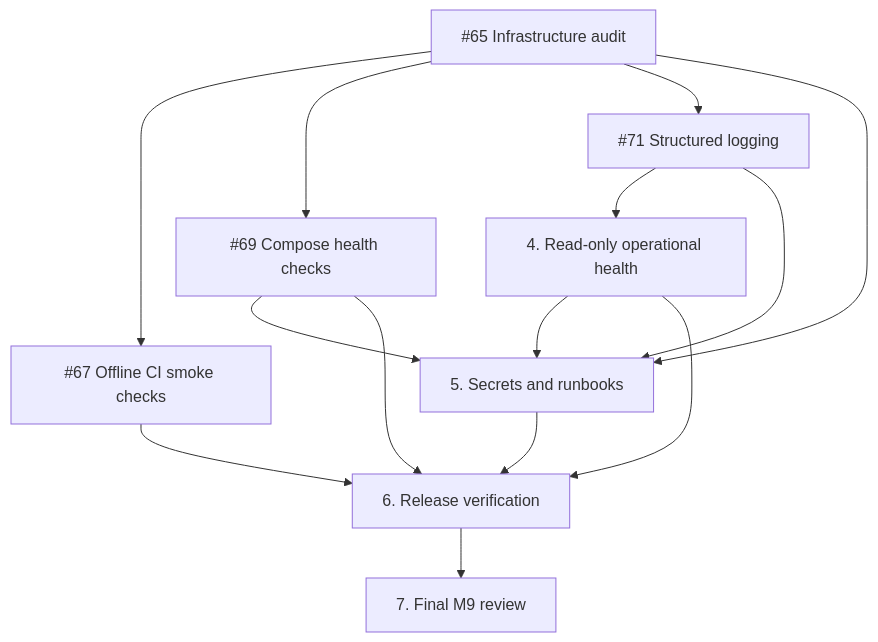
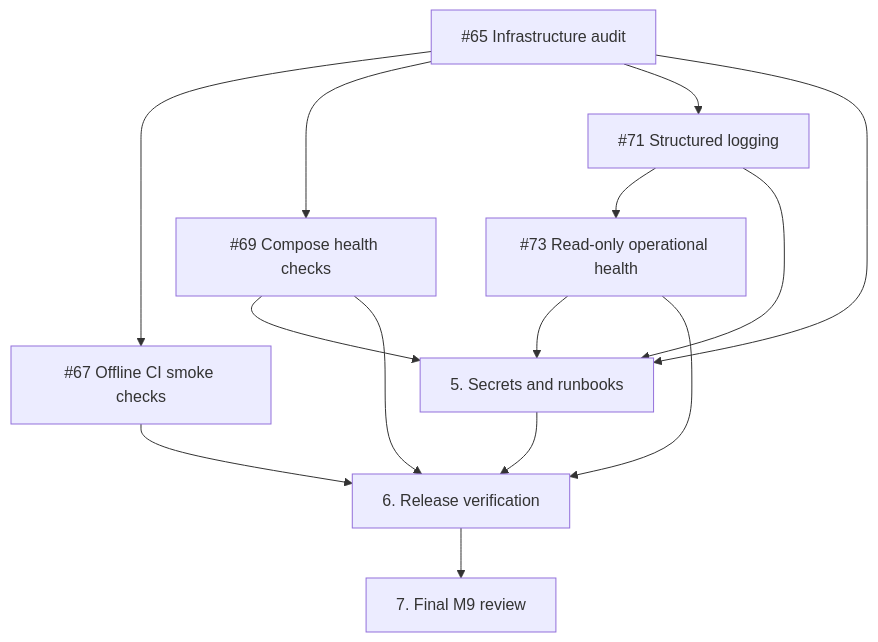
The diagram in docs/operations/m9-implementation-plan.md (Ahmeddsayedd/financial-market-data-platform), drawn with Mermaid before and after one commit. The commit also changed other lines of this file and 6 other files, not shown here.

Commit message:
observability: implement read-only pipeline health assessment

````diff
--- a/docs/operations/m9-implementation-plan.md
+++ b/docs/operations/m9-implementation-plan.md
@@ -80,25 +80,25 @@
 ```mermaid
 flowchart TD
     Audit["#65 Infrastructure audit"]
     CI["#67 Offline CI smoke checks"]
     Compose["#69 Compose health checks"]
     Logging["#71 Structured logging"]
-    Health["4. Read-only operational health"]
+    Health["#73 Read-only operational health"]
     Runbook["5. Secrets and runbooks"]
     Release["6. Release verification"]
     Review["7. Final M9 review"]
 
     Audit --> CI
     Audit --> Compose
     Audit --> Logging
     Logging --> Health
     Audit --> Runbook
     Compose --> Runbook
     Logging --> Runbook
     Health --> Runbook
     CI --> Release
     Compose --> Release
     Health --> Release
     Runbook --> Release
     Release --> Review
 ```
````
